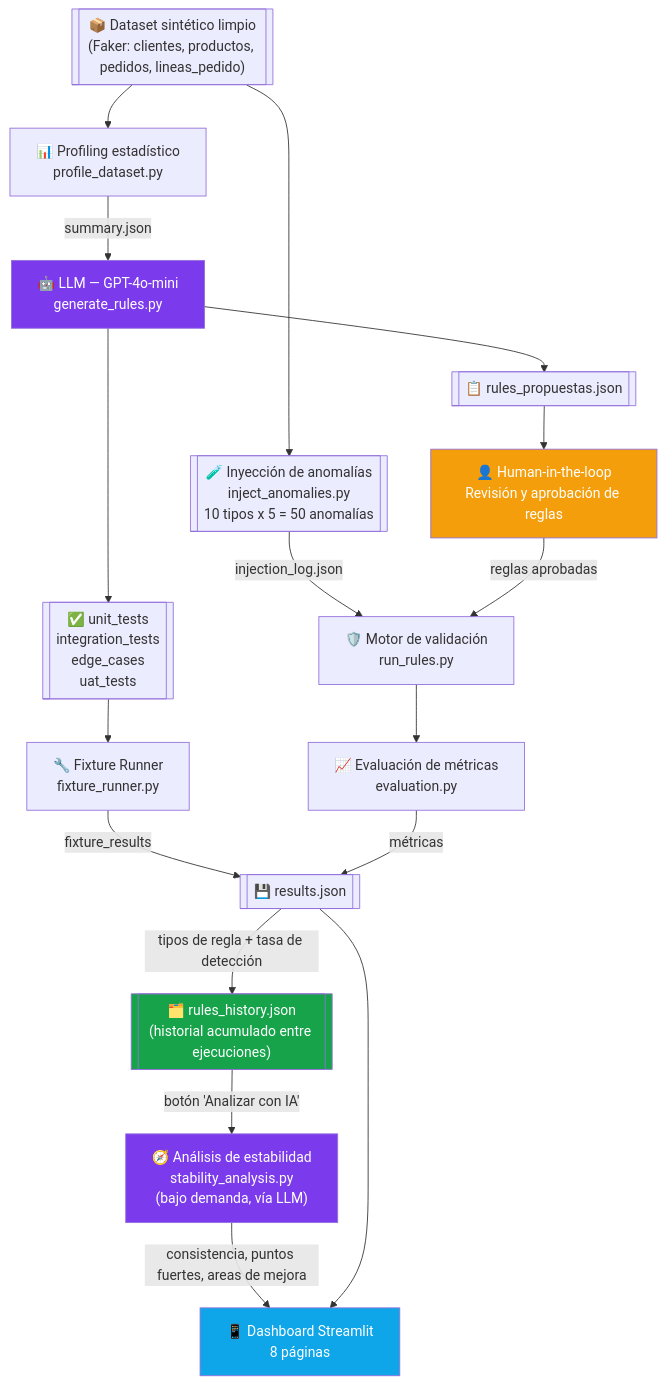
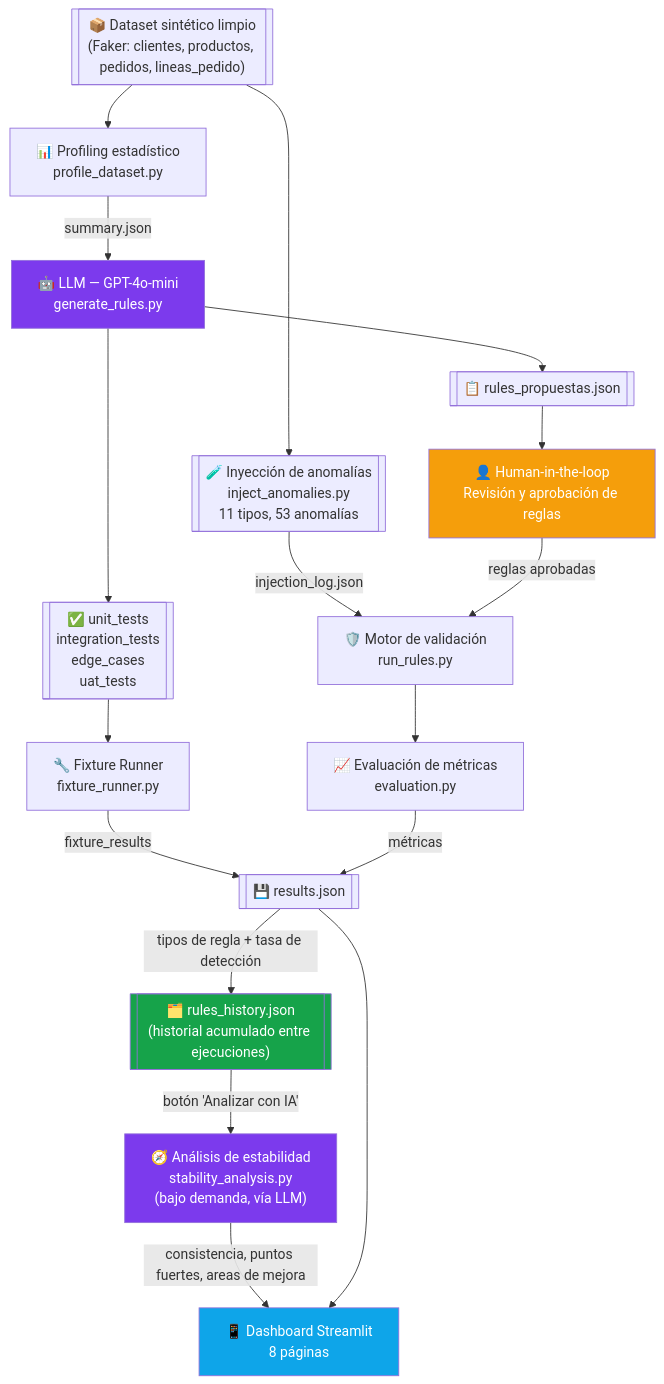
The first of 3 diagrams in README.md (pablotp02/atmira-hackathon-dataquality), drawn with Mermaid before and after one commit. The commit also changed other lines of this file, not shown here.

````diff
--- a/README.md
+++ b/README.md
@@ -39,40 +39,40 @@
 ```mermaid
 flowchart TD
     A[["📦 Dataset sintético limpio<br/>(Faker: clientes, productos, pedidos, lineas_pedido)"]]
     B["📊 Profiling estadístico<br/>profile_dataset.py"]
-    C[["🧪 Inyección de anomalías<br/>inject_anomalies.py<br/>10 tipos x 5 = 50 anomalías"]]
+    C[["🧪 Inyección de anomalías<br/>inject_anomalies.py<br/>11 tipos, 53 anomalías"]]
     D["🤖 LLM — GPT-4o-mini<br/>generate_rules.py"]
     E[["📋 rules_propuestas.json"]]
     F["👤 Human-in-the-loop<br/>Revisión y aprobación de reglas"]
     G[["✅ unit_tests<br/>integration_tests<br/>edge_cases<br/>uat_tests"]]
     H["🔧 Fixture Runner<br/>fixture_runner.py"]
     I["🛡️ Motor de validación<br/>run_rules.py"]
     J["📈 Evaluación de métricas<br/>evaluation.py"]
     K[["💾 results.json"]]
     M[["🗂️ rules_history.json<br/>(historial acumulado entre ejecuciones)"]]
     N["🧭 Análisis de estabilidad<br/>stability_analysis.py<br/>(bajo demanda, vía LLM)"]
     L["📱 Dashboard Streamlit<br/>8 páginas"]
 
     A --> B
     A --> C
     B -->|summary.json| D
     C -->|injection_log.json| I
     D --> E
     D --> G
     E --> F
     F -->|reglas aprobadas| I
     G --> H
     H -->|fixture_results| K
     I --> J
     J -->|métricas| K
     K -->|tipos de regla + tasa de detección| M
     M -->|"botón 'Analizar con IA'"| N
     N -->|consistencia, puntos fuertes, areas de mejora| L
     K --> L
 
     style D fill:#7c3aed,color:#fff
     style F fill:#f59e0b,color:#fff
     style L fill:#0ea5e9,color:#fff
     style N fill:#7c3aed,color:#fff
     style M fill:#16a34a,color:#fff
 ```
````
